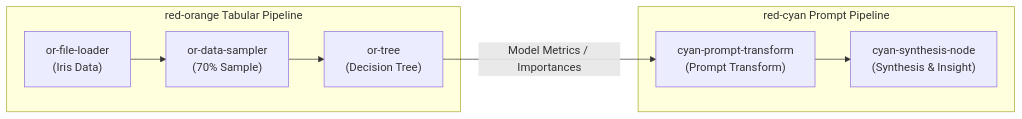
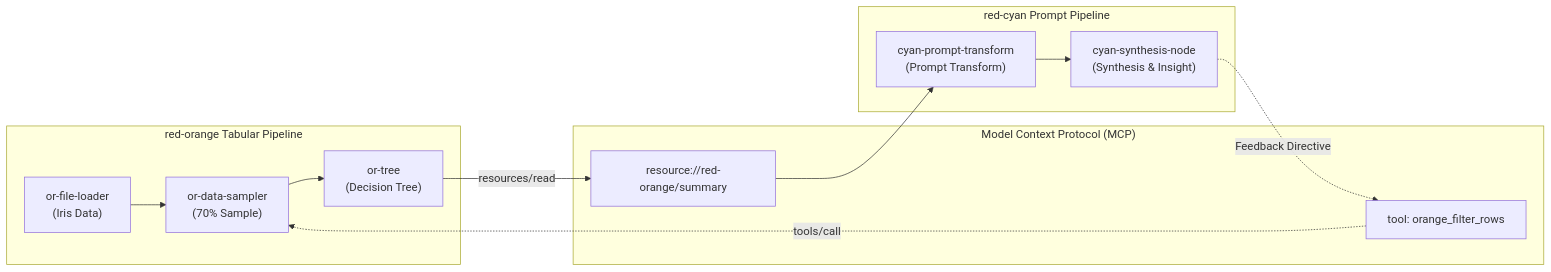
The diagram in docs/architecture/cyan_agent_pack_integration.md (tasahi/red-orange), drawn with Mermaid before and after one commit. The commit also changed other lines of this file and 2 other files, not shown here.

Commit message:
feat: red-cyan MCP Data Bridge & Bi-Directional Feedback

````diff
--- a/docs/architecture/cyan_agent_pack_integration.md
+++ b/docs/architecture/cyan_agent_pack_integration.md
@@ -20,12 +21,18 @@
 ```mermaid
 flowchart LR
     subgraph DataMining ["red-orange Tabular Pipeline"]
         N1["or-file-loader<br/>(Iris Data)"] --> N2["or-data-sampler<br/>(70% Sample)"]
         N2 --> N3["or-tree<br/>(Decision Tree)"]
     end
 
+    subgraph MCPBridge ["Model Context Protocol (MCP)"]
+        N3 -->|"resources/read"| R1["resource://red-orange/summary"]
+        T1["tool: orange_filter_rows"] -.->|"tools/call"| N2
+    end
+
     subgraph SemanticAnalysis ["red-cyan Prompt Pipeline"]
-        N3 -->|"Model Metrics / Importances"| C1["cyan-prompt-transform<br/>(Prompt Transform)"]
+        R1 --> C1["cyan-prompt-transform<br/>(Prompt Transform)"]
         C1 --> C2["cyan-synthesis-node<br/>(Synthesis & Insight)"]
+        C2 -.->|"Feedback Directive"| T1
     end
 ```
````
